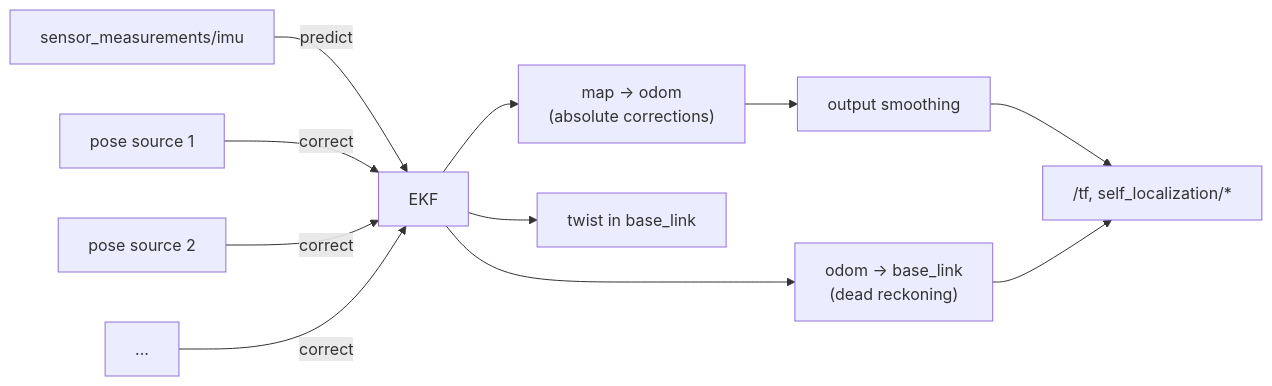
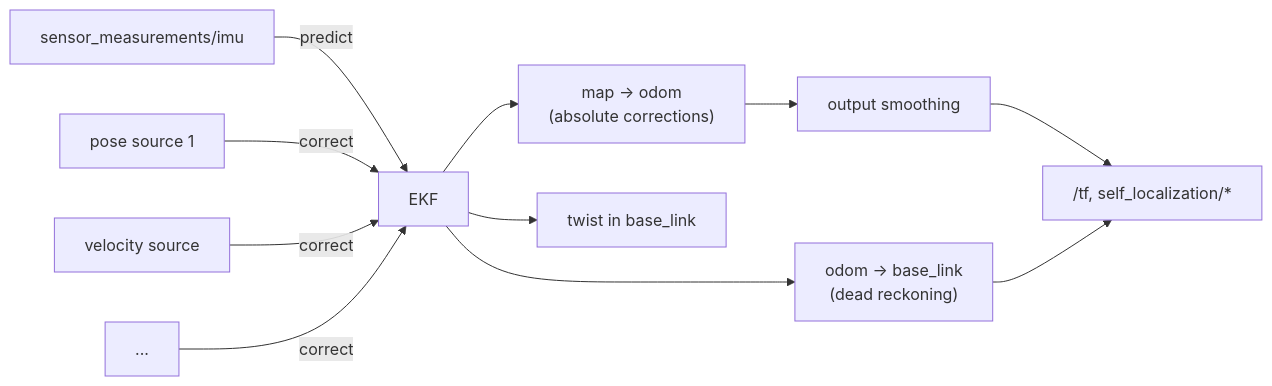
The diagram in as2_state_estimator/plugins/simple_ekf/README.md (cvar-upm/aerostack2), drawn with Mermaid before and after one commit. The commit also changed other lines of this file and 6 other files, not shown here.

````diff
--- a/as2_state_estimator/plugins/simple_ekf/README.md
+++ b/as2_state_estimator/plugins/simple_ekf/README.md
@@ -15,12 +15,12 @@
 ```mermaid
 graph LR
   I["sensor_measurements/imu"] -->|predict| K[EKF]
   U1["pose source 1"] -->|correct| K
-  U2["pose source 2"] -->|correct| K
+  U2["velocity source"] -->|correct| K
   U3["..."] -->|correct| K
   K --> MO["map -> odom<br/>(absolute corrections)"]
   K --> OB["odom -> base_link<br/>(dead reckoning)"]
   K --> TW["twist in base_link"]
   MO --> S[output smoothing] --> P["/tf, self_localization/*"]
   OB --> P
 ```
````
